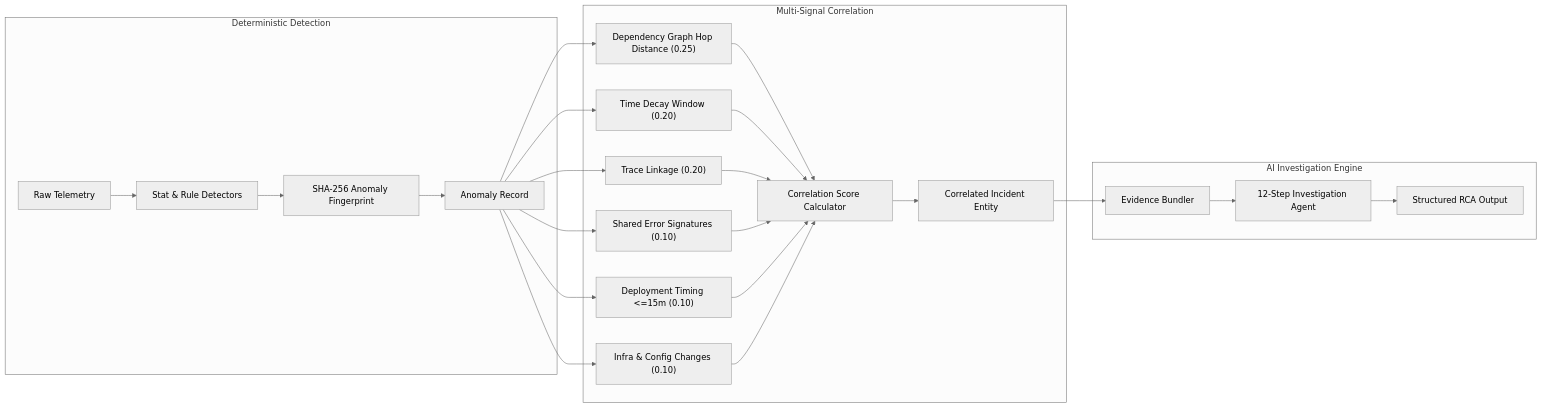
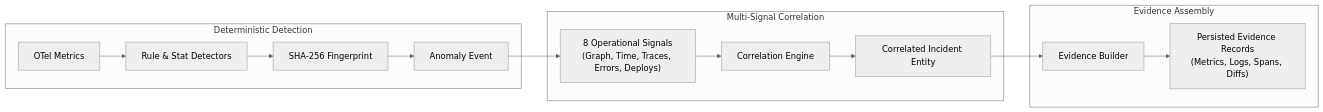
The ninth of 13 diagrams in README.md (nvsaigokul-sudo/ResolveIQ), drawn with Mermaid (neutral theme) before and after one commit. The commit also changed other lines of this file and 26 other files, not shown here.

````diff
--- a/README.md
+++ b/README.md
@@ -220,25 +376,19 @@
 ```mermaid
 flowchart LR
     subgraph Detection["Deterministic Detection"]
-        RawMetrics["Raw Telemetry"] --> Detectors["Stat & Rule Detectors"]
-        Detectors --> Fingerprint["SHA-256 Anomaly Fingerprint"]
-        Fingerprint --> AnomalyEvent["Anomaly Record"]
+        Raw["OTel Metrics"] --> Detectors["Rule & Stat Detectors"]
+        Detectors --> Fingerprint["SHA-256 Fingerprint"]
+        Fingerprint --> Anomaly["Anomaly Event"]
     end
 
     subgraph Correlation["Multi-Signal Correlation"]
-        AnomalyEvent --> Graph["Dependency Graph Hop Distance (0.25)"]
-        AnomalyEvent --> Time["Time Decay Window (0.20)"]
-        AnomalyEvent --> Trace["Trace Linkage (0.20)"]
-        AnomalyEvent --> Errors["Shared Error Signatures (0.10)"]
-        AnomalyEvent --> Deploys["Deployment Timing <=15m (0.10)"]
-        AnomalyEvent --> Infra["Infra & Config Changes (0.10)"]
-        Graph & Time & Trace & Errors & Deploys & Infra --> Scorer["Correlation Score Calculator"]
-        Scorer --> Incident["Correlated Incident Entity"]
+        Anomaly --> Signals["8 Operational Signals<br/>(Graph, Time, Traces, Errors, Deploys)"]
+        Signals --> Correlator["Correlation Engine"]
+        Correlator --> Incident["Correlated Incident Entity"]
     end
 
-    subgraph Investigation["AI Investigation Engine"]
-        Incident --> Bundler["Evidence Bundler"]
-        Bundler --> Agent["12-Step Investigation Agent"]
-        Agent --> Rca["Structured RCA Output"]
+    subgraph Evidence["Evidence Assembly"]
+        Incident --> Builder["Evidence Builder"]
+        Builder --> Artifacts["Persisted Evidence Records<br/>(Metrics, Logs, Spans, Diffs)"]
     end
 ```
````
